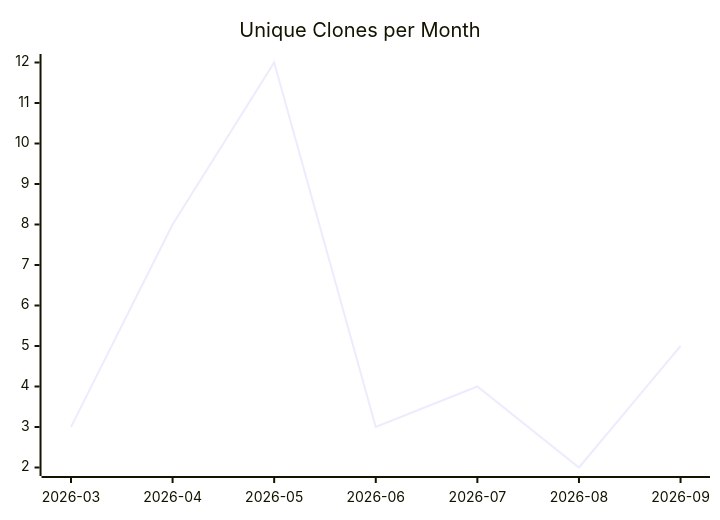
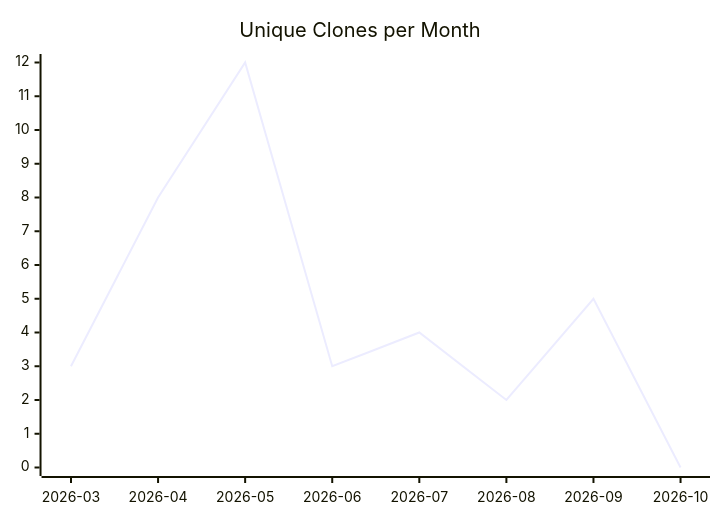
Before and after one commit to justdavis-family/github-analytics-data: the third of 3 diagrams in karlmdavis/puppet-sonar/README.md, drawn with Mermaid. The commit also changed other lines of this file and 202 other files, not shown here.

````diff
--- a/karlmdavis/puppet-sonar/README.md
+++ b/karlmdavis/puppet-sonar/README.md
@@ -19,6 +19,6 @@
 ```mermaid
 xychart-beta
   title "Unique Clones per Month"
-  x-axis ["2026-03", "2026-04", "2026-05", "2026-06", "2026-07", "2026-08", "2026-09"]
-  line [3, 8, 12, 3, 4, 2, 5]
+  x-axis ["2026-03", "2026-04", "2026-05", "2026-06", "2026-07", "2026-08", "2026-09", "2026-10"]
+  line [3, 8, 12, 3, 4, 2, 5, 0]
 ```
````
